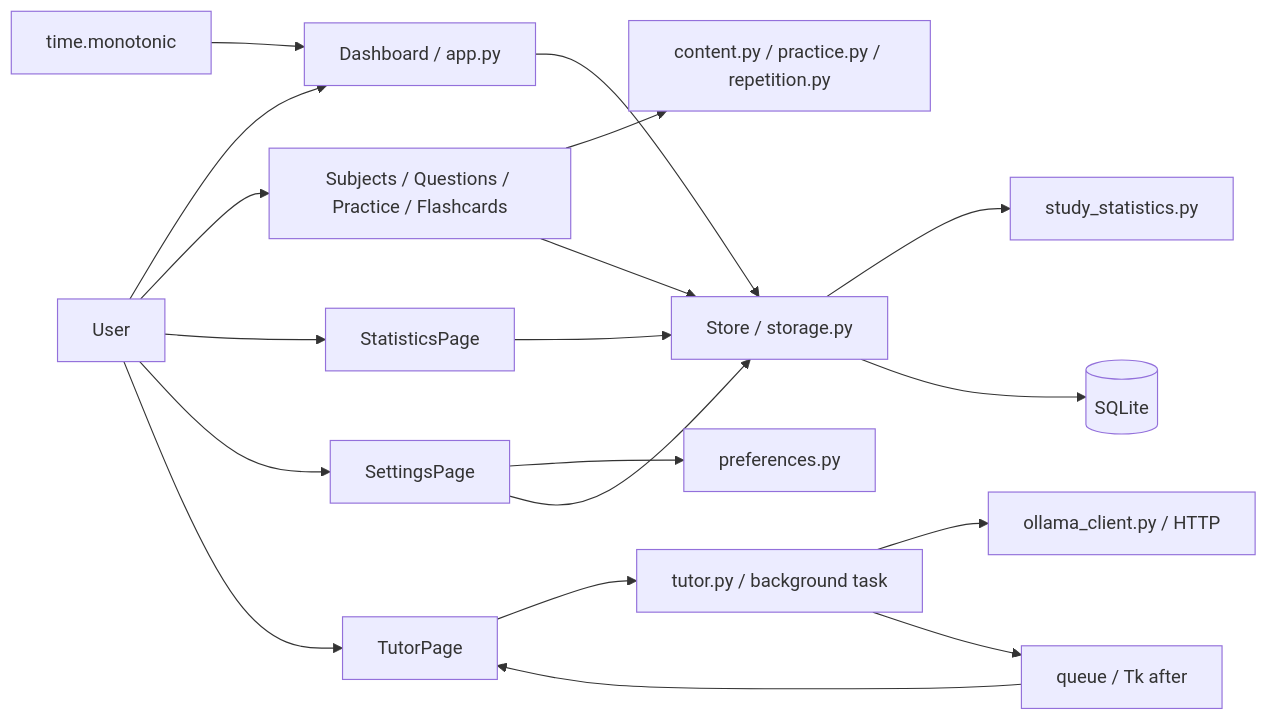
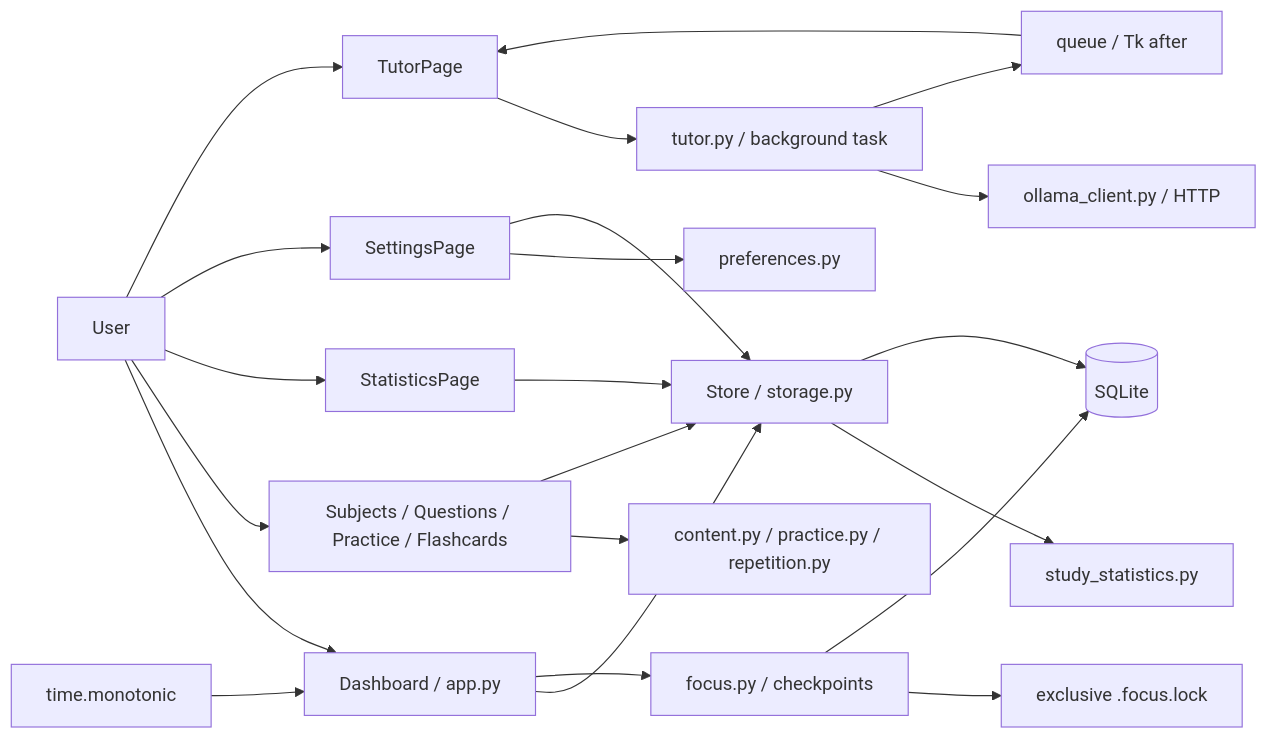
The diagram in docs/CURRENT_ARCHITECTURE.md (turcinv/SOSkuska), drawn with Mermaid before and after one commit. The commit also changed other lines of this file and 74 other files, not shown here.

````diff
--- a/docs/CURRENT_ARCHITECTURE.md
+++ b/docs/CURRENT_ARCHITECTURE.md
@@ -29,21 +32,24 @@
 ```mermaid
 flowchart LR
     User --> Dashboard[Dashboard / app.py]
     User --> Screens[Subjects / Questions / Practice / Flashcards]
     Dashboard --> Store[Store / storage.py]
     Screens --> Rules[content.py / practice.py / repetition.py]
     Screens --> Store
     User --> Statistics[StatisticsPage]
     Statistics --> Store
     Store --> Report[study_statistics.py]
     User --> Settings[SettingsPage]
     Settings --> Preferences[preferences.py]
     Settings --> Store
     User --> Tutor[TutorPage]
     Tutor --> Jobs[tutor.py / background task]
     Jobs --> Ollama[ollama_client.py / HTTP]
     Jobs --> Queue[queue / Tk after]
     Queue --> Tutor
     Store --> DB[(SQLite)]
     Clock[time.monotonic] --> Dashboard
+    Dashboard --> Focus[focus.py / checkpoints]
+    Focus --> Lease[exclusive .focus.lock]
+    Focus --> DB
 ```
````
